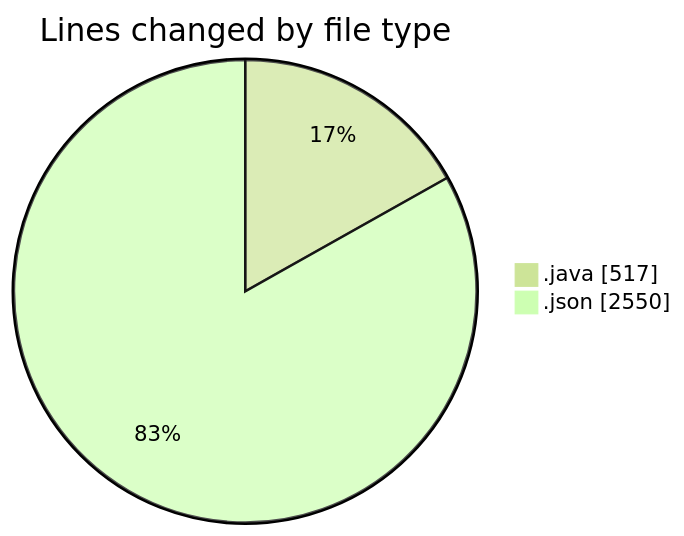
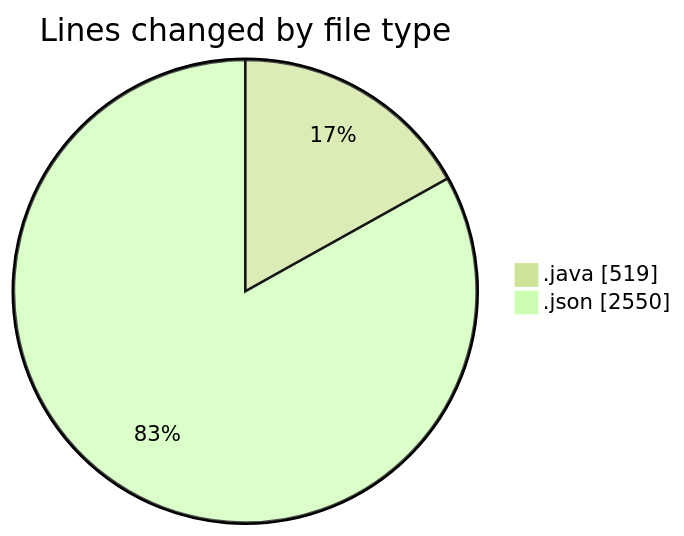
The first of 2 diagrams in 2026-07-16/cilapp/README.md (ricardozamudiocil/code-tracking), drawn with Mermaid (forest theme) before and after one commit. The commit also changed other lines of this file and 1 other file, not shown here.

````diff
--- a/2026-07-16/cilapp/README.md
+++ b/2026-07-16/cilapp/README.md
@@ -22,6 +22,6 @@
 ```mermaid
 pie showData
 title Lines changed by file type
-".java" : 517
+".java" : 519
 ".json" : 2550
 ```
````
